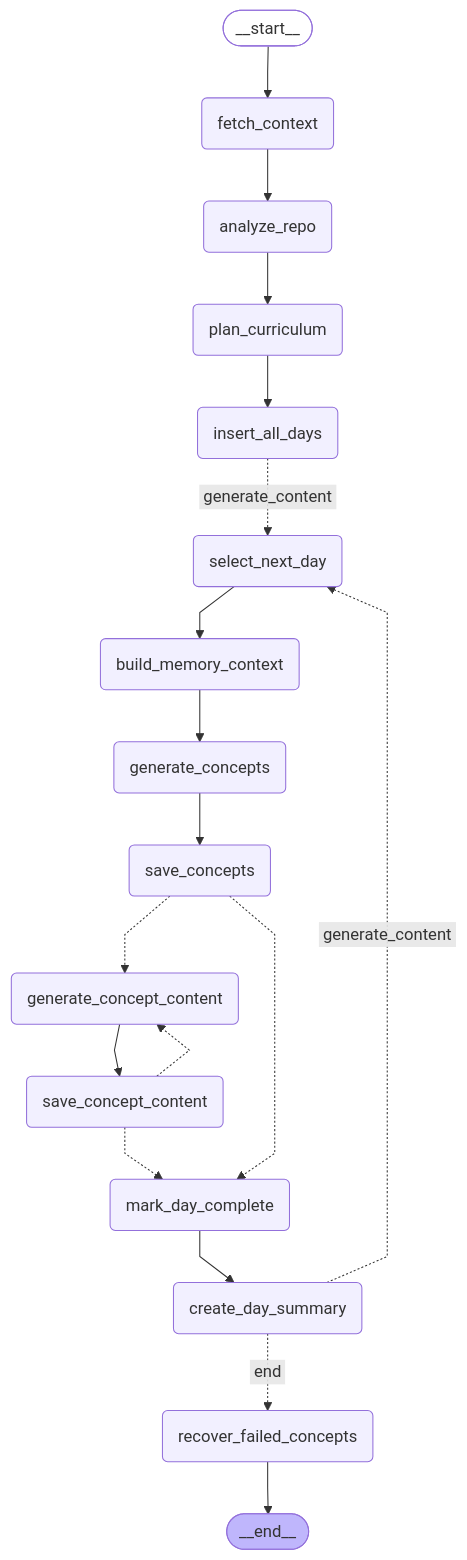
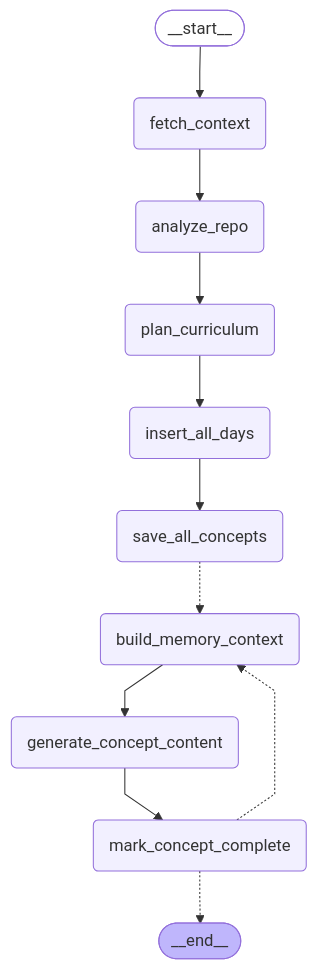
The diagram in graph_visualizations/roadmap_graph.mmd (prabhakar1234pr/ai_tutor_for_github_repositories), drawn with Mermaid before and after one commit. The commit also changed 24 other files, not shown here.

```diff
--- a/graph_visualizations/roadmap_graph.mmd
+++ b/graph_visualizations/roadmap_graph.mmd
@@ -1,41 +1,29 @@
 ---
 config:
   flowchart:
     curve: linear
 ---
 graph TD;
 	__start__([<p>__start__</p>]):::first
 	fetch_context(fetch_context)
 	analyze_repo(analyze_repo)
 	plan_curriculum(plan_curriculum)
 	insert_all_days(insert_all_days)
-	select_next_day(select_next_day)
+	save_all_concepts(save_all_concepts)
 	build_memory_context(build_memory_context)
-	generate_concepts(generate_concepts)
-	save_concepts(save_concepts)
 	generate_concept_content(generate_concept_content)
-	save_concept_content(save_concept_content)
-	mark_day_complete(mark_day_complete)
-	create_day_summary(create_day_summary)
-	recover_failed_concepts(recover_failed_concepts)
+	mark_concept_complete(mark_concept_complete)
 	__end__([<p>__end__</p>]):::last
 	__start__ --> fetch_context;
 	analyze_repo --> plan_curriculum;
-	build_memory_context --> generate_concepts;
-	create_day_summary -. &nbsp;end&nbsp; .-> recover_failed_concepts;
-	create_day_summary -. &nbsp;generate_content&nbsp; .-> select_next_day;
+	build_memory_context --> generate_concept_content;
 	fetch_context --> analyze_repo;
-	generate_concept_content --> save_concept_content;
-	generate_concepts --> save_concepts;
-	insert_all_days -. &nbsp;generate_content&nbsp; .-> select_next_day;
-	mark_day_complete --> create_day_summary;
+	generate_concept_content --> mark_concept_complete;
+	insert_all_days --> save_all_concepts;
+	mark_concept_complete -.-> build_memory_context;
 	plan_curriculum --> insert_all_days;
-	save_concept_content -.-> generate_concept_content;
-	save_concept_content -.-> mark_day_complete;
-	save_concepts -.-> generate_concept_content;
-	save_concepts -.-> mark_day_complete;
-	select_next_day --> build_memory_context;
-	recover_failed_concepts --> __end__;
+	save_all_concepts -.-> build_memory_context;
+	mark_concept_complete -.-> __end__;
 	classDef default fill:#f2f0ff,line-height:1.2
 	classDef first fill-opacity:0
 	classDef last fill:#bfb6fc
```
